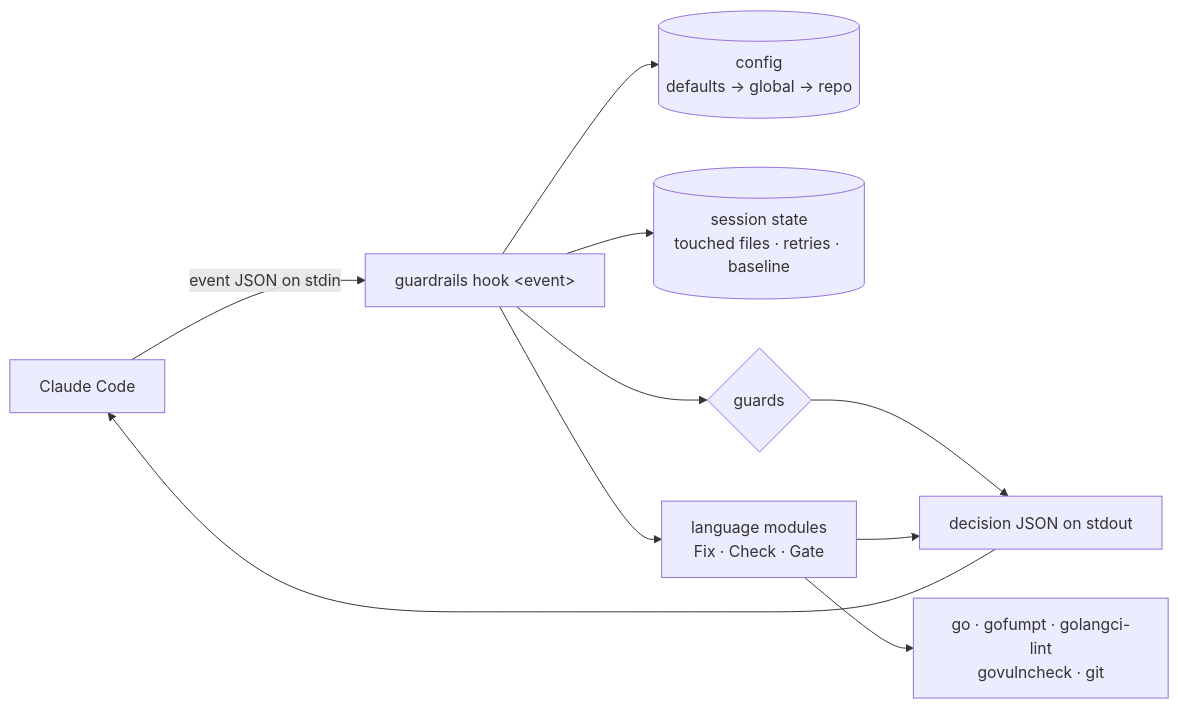
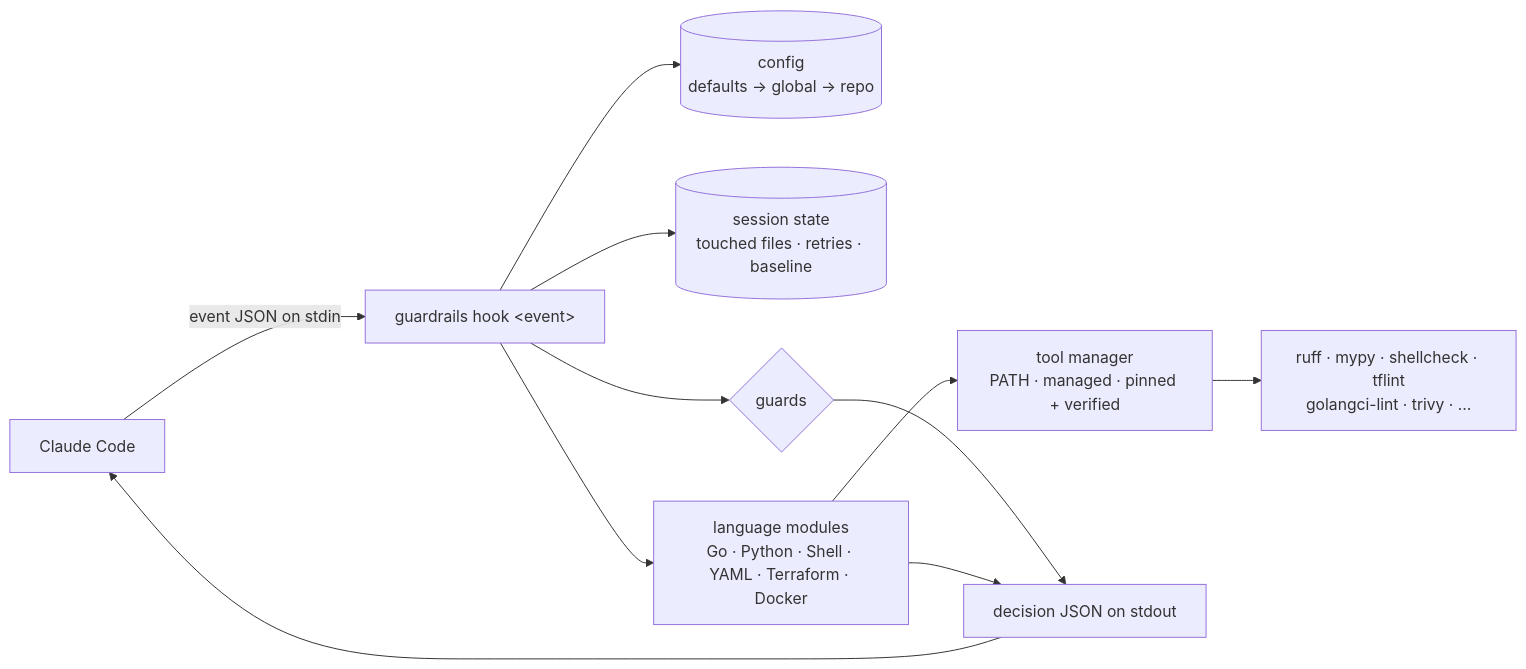
Before and after one commit to rossedman/guardrails: the diagram in docs/how-it-works.md, drawn with Mermaid. The commit also changed other lines of this file and 83 other files, not shown here.

Commit message:
feat: Python, Shell, YAML, Terraform and Docker, with zero-install tool provisioning (#3)

````diff
--- a/docs/how-it-works.md
+++ b/docs/how-it-works.md
@@ -7,12 +7,13 @@
 ```mermaid
 flowchart LR
     CC[Claude Code] -- event JSON on stdin --> H[guardrails hook &lt;event&gt;]
     H --> C[(config<br/>defaults → global → repo)]
     H --> S[(session state<br/>touched files · retries · baseline)]
     H --> G{guards}
-    H --> M[language modules<br/>Fix · Check · Gate]
-    M --> T[go · gofumpt · golangci-lint<br/>govulncheck · git]
+    H --> M[language modules<br/>Go · Python · Shell · YAML · Terraform · Docker]
+    M --> P[tool manager<br/>PATH · managed · pinned + verified]
+    P --> T[ruff · mypy · shellcheck · tflint<br/>golangci-lint · trivy · …]
     G --> D[decision JSON on stdout]
     M --> D
     D --> CC
 ```
````
